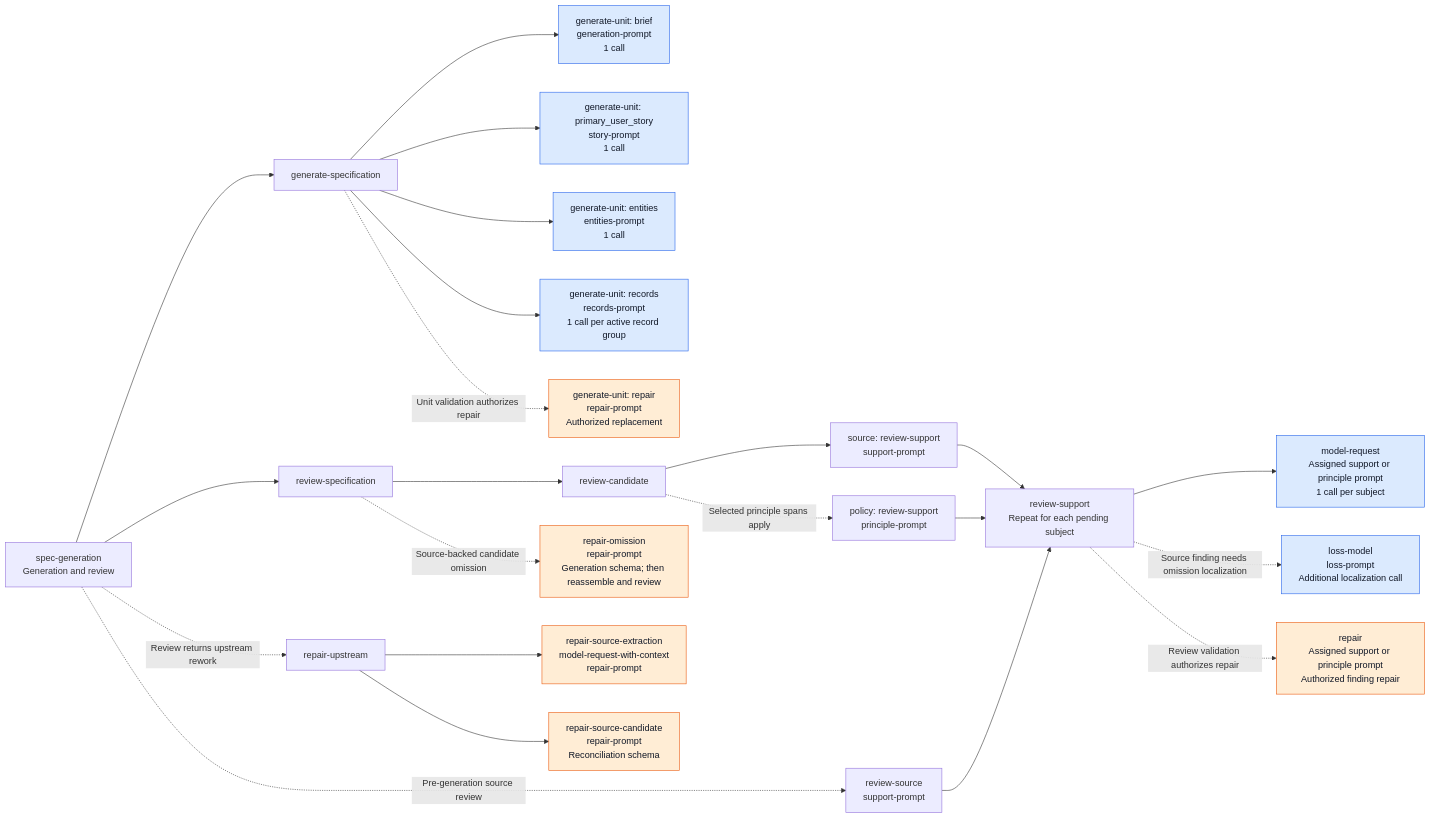
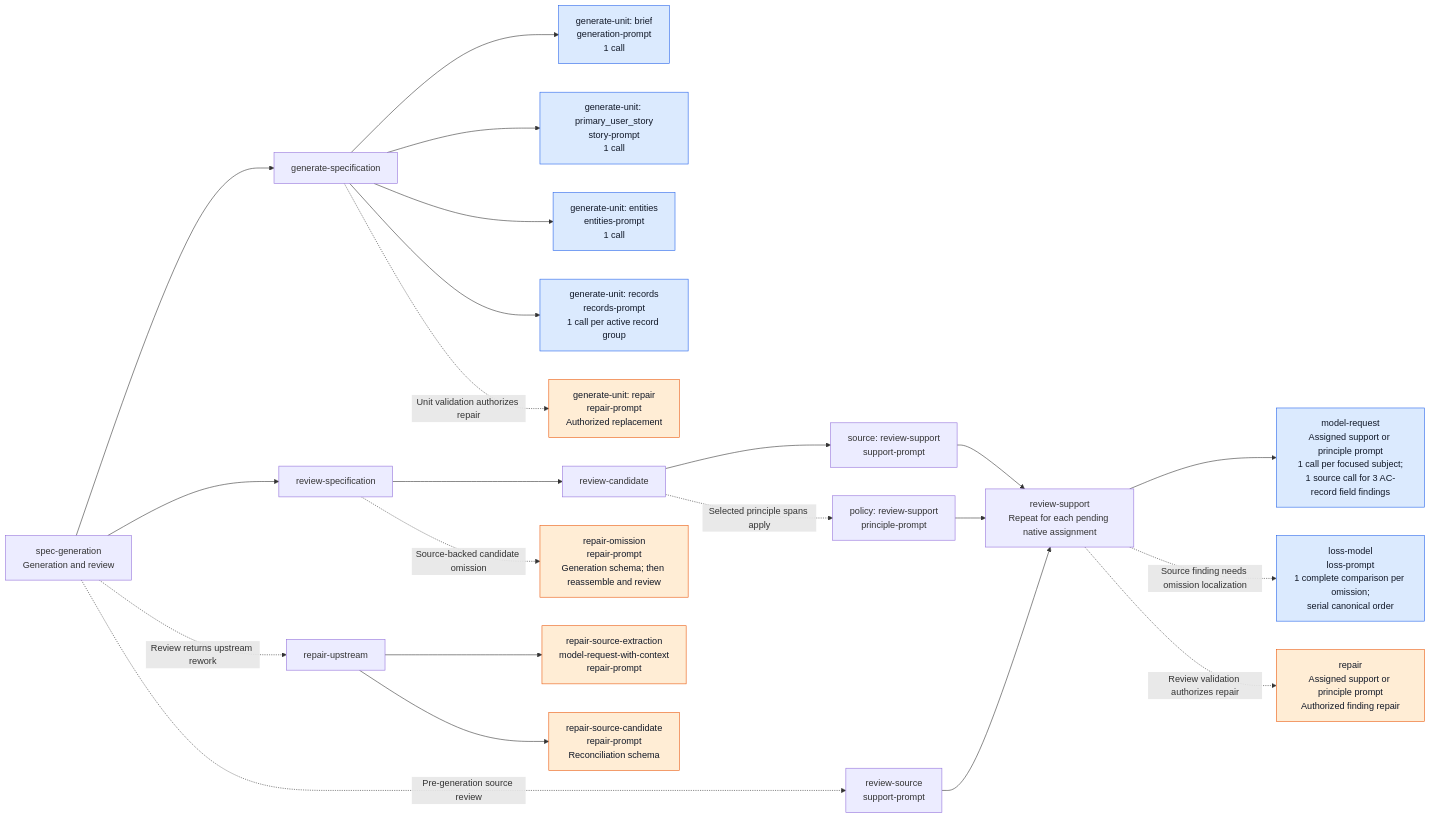
The second of 3 diagrams in design/diagrams/21-spec-model-call-tree.md (littledespot/sdde), drawn with Mermaid before and after one commit. The commit also changed other lines of this file and 214 other files, not shown here.

````diff
--- a/design/diagrams/21-spec-model-call-tree.md
+++ b/design/diagrams/21-spec-model-call-tree.md
@@ -116,33 +118,33 @@
 ```mermaid
 flowchart LR
     ROOT["spec-generation<br/>Generation and review"]
     ROOT --> GENERATE["generate-specification"]
     GENERATE --> BRIEF["generate-unit: brief<br/>generation-prompt<br/>1 call"]
     GENERATE --> STORY["generate-unit: primary_user_story<br/>story-prompt<br/>1 call"]
     GENERATE --> ENTITIES["generate-unit: entities<br/>entities-prompt<br/>1 call"]
     GENERATE --> RECORDS["generate-unit: records<br/>records-prompt<br/>1 call per active record group"]
     GENERATE -. "Unit validation authorizes repair" .-> UNIT_REPAIR["generate-unit: repair<br/>repair-prompt<br/>Authorized replacement"]
 
     ROOT --> REVIEW["review-specification"]
     REVIEW --> CANDIDATE["review-candidate"]
     CANDIDATE --> SOURCE["source: review-support<br/>support-prompt"]
     CANDIDATE -. "Selected principle spans apply" .-> POLICY["policy: review-support<br/>principle-prompt"]
     ROOT -. "Pre-generation source review" .-> PRE["review-source<br/>support-prompt"]
 
-    SOURCE --> SUPPORT["review-support<br/>Repeat for each pending subject"]
+    SOURCE --> SUPPORT["review-support<br/>Repeat for each pending native assignment"]
     POLICY --> SUPPORT
     PRE --> SUPPORT
-    SUPPORT --> FINDING["model-request<br/>Assigned support or principle prompt<br/>1 call per subject"]
-    SUPPORT -. "Source finding needs omission localization" .-> LOSS["loss-model<br/>loss-prompt<br/>Additional localization call"]
+    SUPPORT --> FINDING["model-request<br/>Assigned support or principle prompt<br/>1 call per focused subject;<br/>1 source call for 3 AC-record field findings"]
+    SUPPORT -. "Source finding needs omission localization" .-> LOSS["loss-model<br/>loss-prompt<br/>1 complete comparison per omission;<br/>serial canonical order"]
     SUPPORT -. "Review validation authorizes repair" .-> SUPPORT_REPAIR["repair<br/>Assigned support or principle prompt<br/>Authorized finding repair"]
 
     REVIEW -. "Source-backed candidate omission" .-> OMISSION["repair-omission<br/>repair-prompt<br/>Generation schema; then reassemble and review"]
     ROOT -. "Review returns upstream rework" .-> UPSTREAM["repair-upstream"]
     UPSTREAM --> EX["repair-source-extraction<br/>model-request-with-context<br/>repair-prompt"]
     UPSTREAM --> RC["repair-source-candidate<br/>repair-prompt<br/>Reconciliation schema"]
 
     classDef model fill:#dbeafe,stroke:#2563eb,color:#111827;
     classDef repair fill:#ffedd5,stroke:#ea580c,color:#111827;
     class BRIEF,STORY,ENTITIES,RECORDS,FINDING,LOSS model;
     class UNIT_REPAIR,SUPPORT_REPAIR,OMISSION,EX,RC repair;
 ```
````
